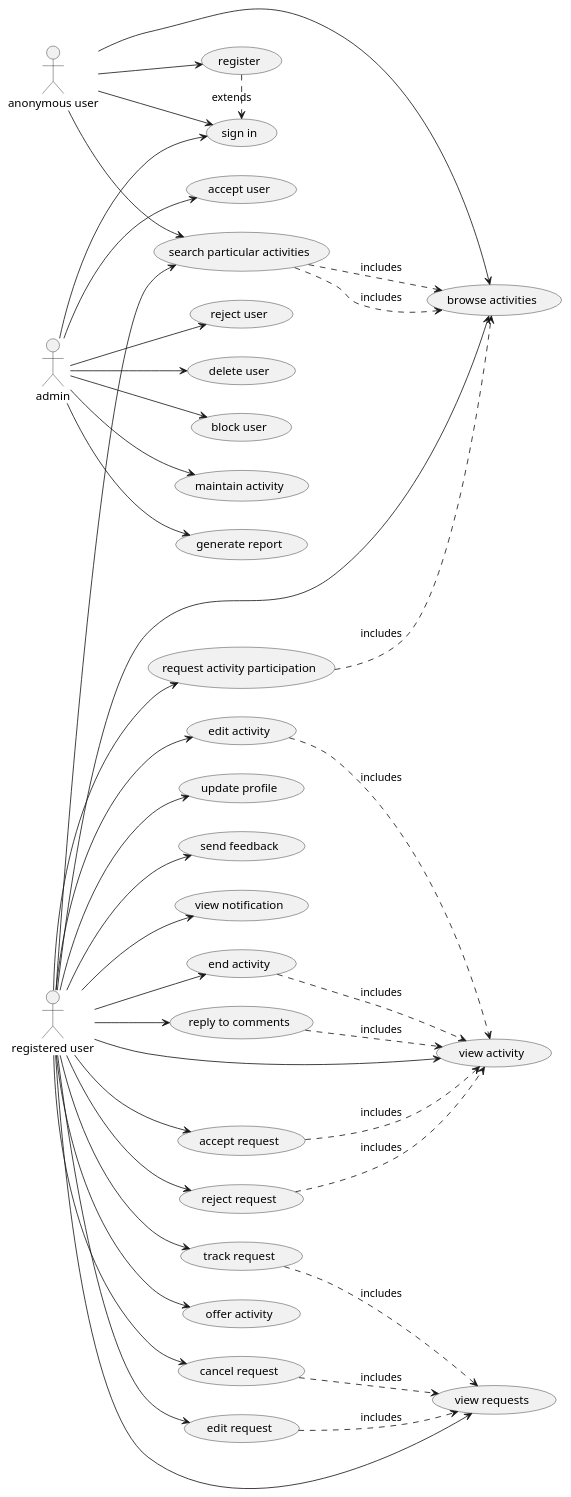
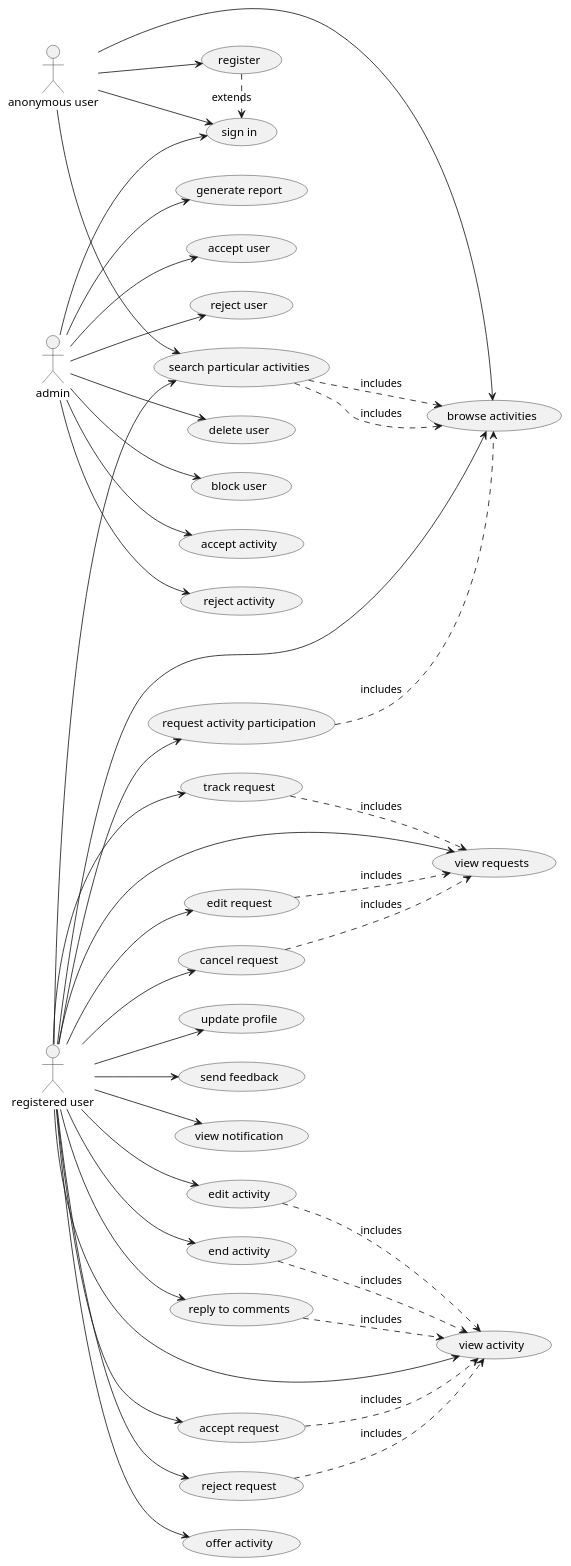
Before and after one commit to OmarAlghamdi/swe363-project-react: the diagram in diagrams/usecase diagrams/usecases.puml, drawn with PlantUML.

```diff
--- a/diagrams/usecase diagrams/usecases.puml
+++ b/diagrams/usecase diagrams/usecases.puml
@@ -1,52 +1,53 @@
 @startuml
 left to right direction
 
 
 :anonymous user: --> (browse activities)
 :anonymous user: --> (search particular activities)
 (search particular activities) .> (browse activities) : includes
 :anonymous user: --> (register) 
 (register) .> (sign in) : extends
 :anonymous user: --> (sign in)
 
 
 :registered user: --> (update profile)
 :registered user: --> (send feedback)
 :registered user: --> (view notification)
 
 :registered user: --> (browse activities)
 (search particular activities) ..> (browse activities) : includes
 (request activity participation) ..> (browse activities) : includes
 :registered user: --> (search particular activities)
 :registered user: --> (request activity participation)
 
 :registered user: --> (view requests)
 (track request) ..> (view requests) : includes
 (edit request) ..> (view requests) : includes
 (cancel request) ..> (view requests) : includes
 :registered user: --> (track request)
 :registered user: --> (edit request)
 :registered user: --> (cancel request)
 
 :registered user: --> (offer activity)
 :registered user: --> (view activity)
 (accept request) ..> (view activity) : includes
 (reject request) ..> (view activity) : includes
 (edit activity) ..> (view activity) : includes
 (end activity) ..> (view activity) : includes
 (reply to comments) ..> (view activity) : includes
 :registered user: --> (accept request)
 :registered user: --> (reject request)
 :registered user: --> (edit activity)
 :registered user: --> (end activity)
 :registered user: --> (reply to comments)
 
 
 :admin: --> (sign in)
 :admin: --> (accept user)
 :admin: --> (reject user)
 :admin: --> (delete user)
 :admin: --> (block user)
-:admin: --> (maintain activity)
+:admin: --> (accept activity)
+:admin: --> (reject activity)
 :admin: --> (generate report)
 @enduml
```
